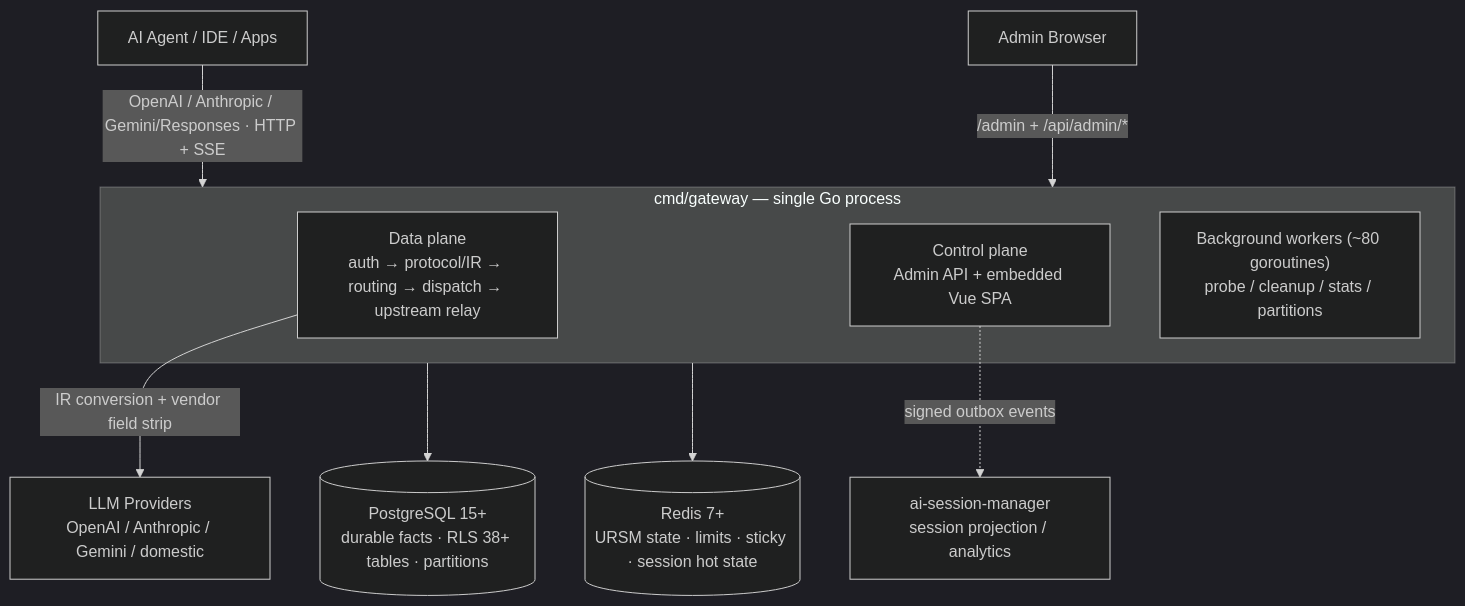
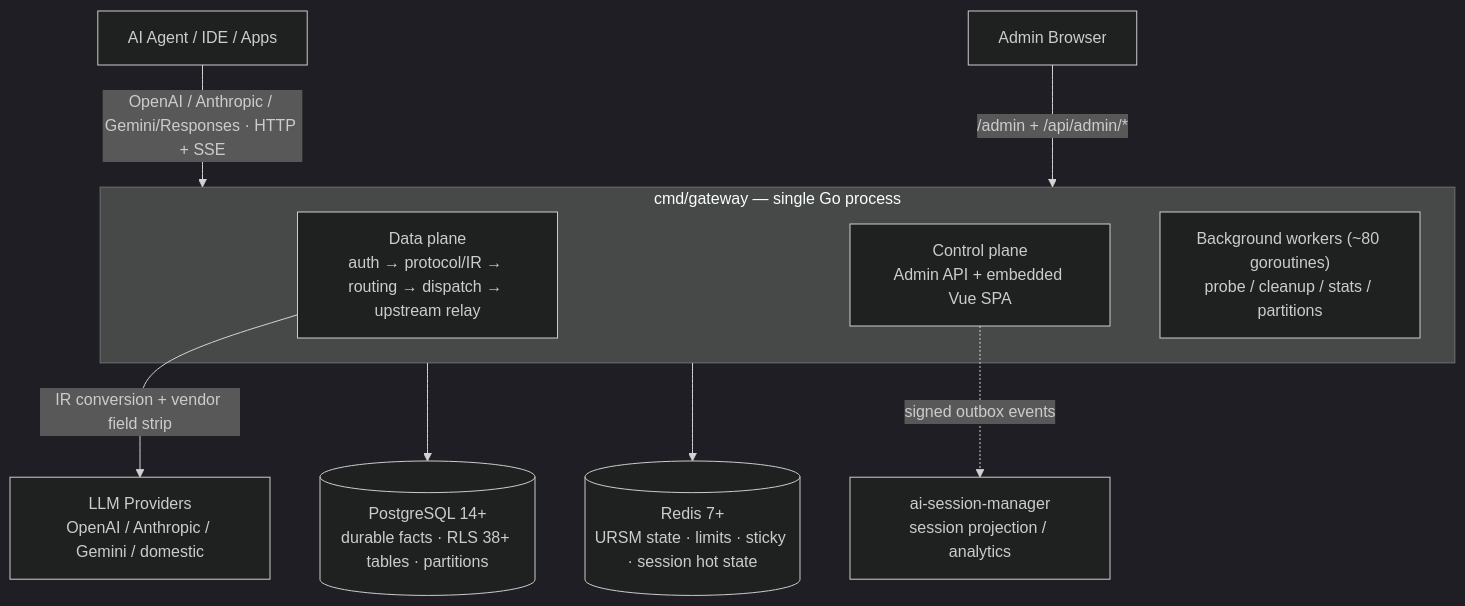
The diagram in README.ar.md (halfking/ai-native-gateway-core), drawn with Mermaid (dark theme) before and after one commit. The commit also changed other lines of this file and 12 other files, not shown here.

````diff
--- a/README.ar.md
+++ b/README.ar.md
@@ -72,15 +72,15 @@
 ```mermaid
 graph TB
     AGENT["AI Agent / IDE / Apps"] -->|"OpenAI / Anthropic / Gemini/Responses · HTTP + SSE"| GW
     ADMIN["Admin Browser"] -->|"/admin + /api/admin/*"| GW
     subgraph GW["cmd/gateway — single Go process"]
         DP["Data plane<br/>auth → protocol/IR → routing → dispatch → upstream relay"]
         CP["Control plane<br/>Admin API + embedded Vue SPA"]
         BGW["Background workers (~80 goroutines)<br/>probe / cleanup / stats / partitions"]
     end
-    GW --> PG[("PostgreSQL 15+<br/>durable facts · RLS 38+ tables · partitions")]
+    GW --> PG[("PostgreSQL 14+<br/>durable facts · RLS 38+ tables · partitions")]
     GW --> RD[("Redis 7+<br/>URSM state · limits · sticky · session hot state")]
     DP -->|"IR conversion + vendor field strip"| P["LLM Providers<br/>OpenAI / Anthropic / Gemini / domestic"]
     CP -.->|"signed outbox events"| ASM["ai-session-manager<br/>session projection / analytics"]
 
 ```
````
